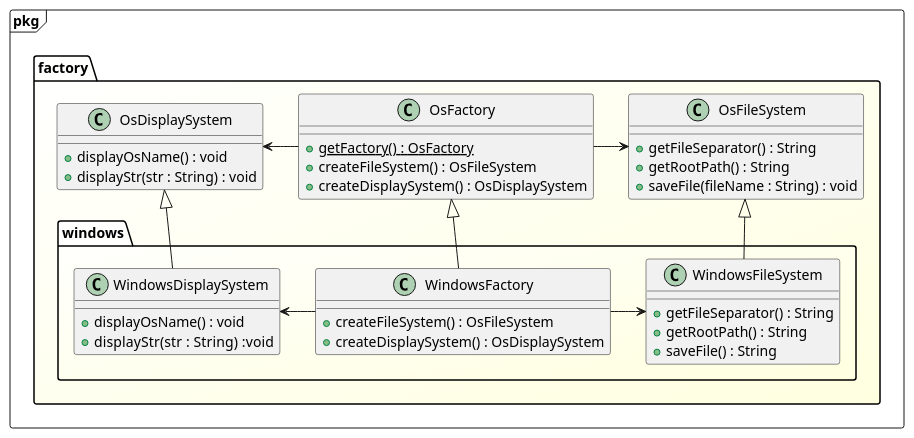
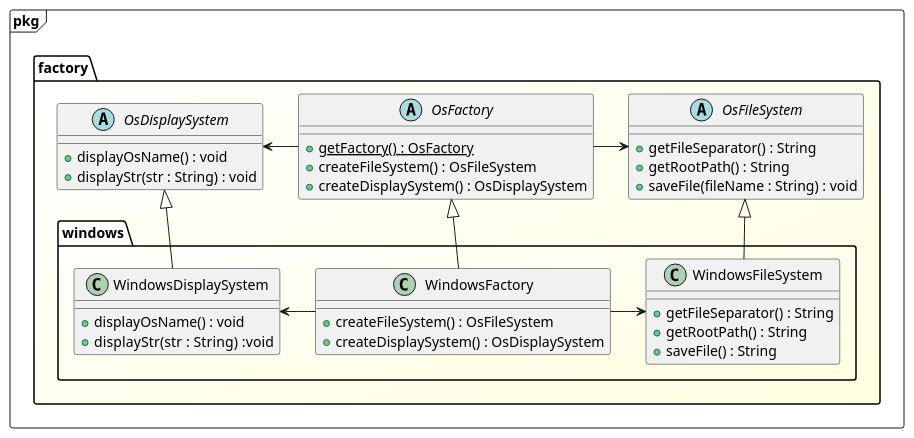
Before and after one commit to yufuworks/practiceDesignPattern: the diagram in abstract_factory_pattern/UML/classGraphWindows.pu, drawn with PlantUML. The commit also changed 1 other file, not shown here.

Commit message:
AFP: クラス図修正、抽象クラス表示

```diff
--- a/abstract_factory_pattern/UML/classGraphWindows.pu
+++ b/abstract_factory_pattern/UML/classGraphWindows.pu
@@ -1,49 +1,49 @@
 @startuml クラス図（Windows）
 package pkg <<Frame>> {
   package factory <<Folder>> #White/LightYellow {
     OsFactory -l-> OsDisplaySystem
     OsFactory -r-> OsFileSystem
 
-    class OsFactory {
+    abstract OsFactory {
       + {static} getFactory() : OsFactory
       + createFileSystem() : OsFileSystem
       + createDisplaySystem() : OsDisplaySystem
     }
 
-    class OsDisplaySystem {
+    abstract OsDisplaySystem {
       + displayOsName() : void
       + displayStr(str : String) : void
     }
 
-    class OsFileSystem {
+    abstract OsFileSystem {
       + getFileSeparator() : String
       + getRootPath() : String
       + saveFile(fileName : String) : void
     }
     package windows <<Folder>> #White/LightYellow {
       WindowsFactory -l-> WindowsDisplaySystem
       WindowsFactory -r-> WindowsFileSystem
       WindowsFactory -u-|> OsFactory
       WindowsDisplaySystem -u-|> OsDisplaySystem
       WindowsFileSystem -u-|> OsFileSystem
 
       class WindowsFactory {
         + createFileSystem() : OsFileSystem
         + createDisplaySystem() : OsDisplaySystem
       }
 
       class WindowsDisplaySystem {
         + displayOsName() : void
         + displayStr(str : String)  :void
       }
 
       class WindowsFileSystem {
         + getFileSeparator() : String
         + getRootPath() : String
         + saveFile() : String
       }
     }
   }
 }
 
 @enduml
```
